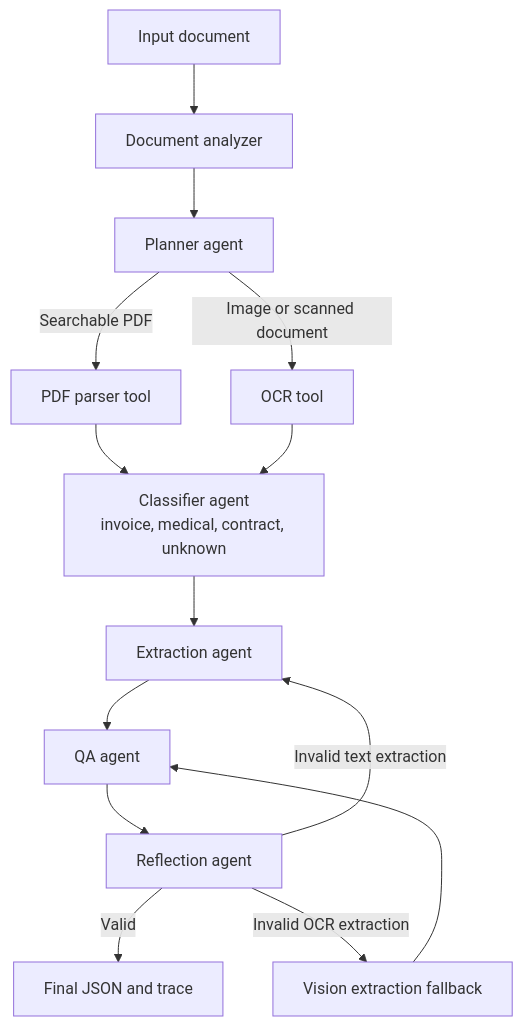
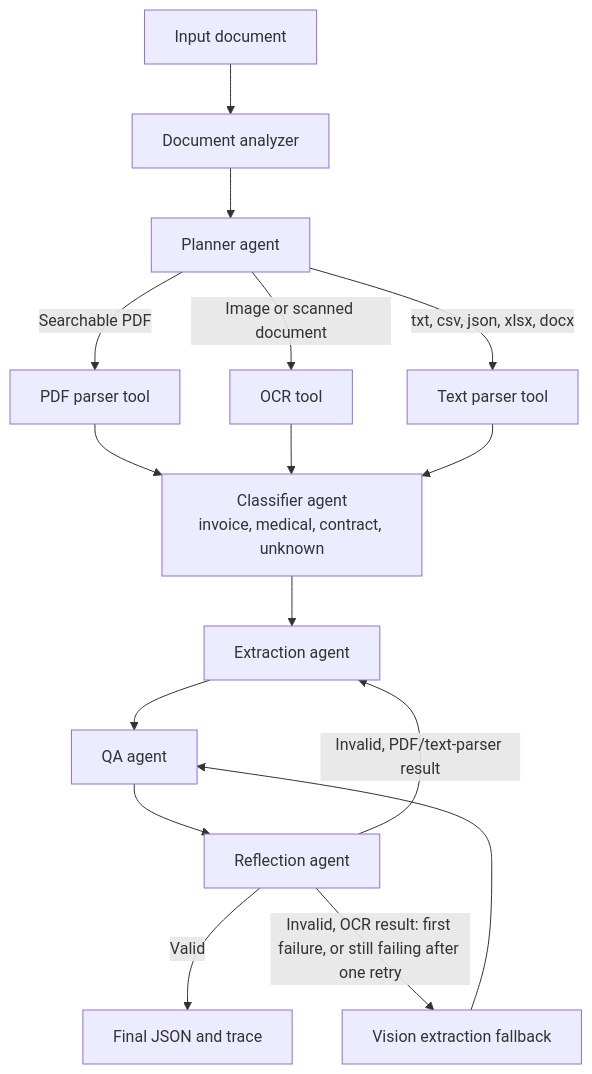
The first of 2 diagrams in README.md (priyanka-ravva/agentic-document-processing), drawn with Mermaid before and after one commit. The commit also changed other lines of this file and 2 other files, not shown here.

````diff
--- a/README.md
+++ b/README.md
@@ -57,16 +58,18 @@
 ```mermaid
 flowchart TD
     A[Input document] --> B[Document analyzer]
     B --> C[Planner agent]
     C -->|Searchable PDF| D[PDF parser tool]
     C -->|Image or scanned document| E[OCR tool]
+    C -->|txt, csv, json, xlsx, docx| P[Text parser tool]
     D --> F[Classifier agent<br/>invoice, medical, contract, unknown]
     E --> F
+    P --> F
     F --> G[Extraction agent]
     G --> H[QA agent]
     H --> I[Reflection agent]
     I -->|Valid| J[Final JSON and trace]
-    I -->|Invalid text extraction| G
-    I -->|Invalid OCR extraction| K[Vision extraction fallback]
+    I -->|Invalid, PDF/text-parser result| G
+    I -->|Invalid, OCR result: first failure, or still failing after one retry| K[Vision extraction fallback]
     K --> H
 ```
````
